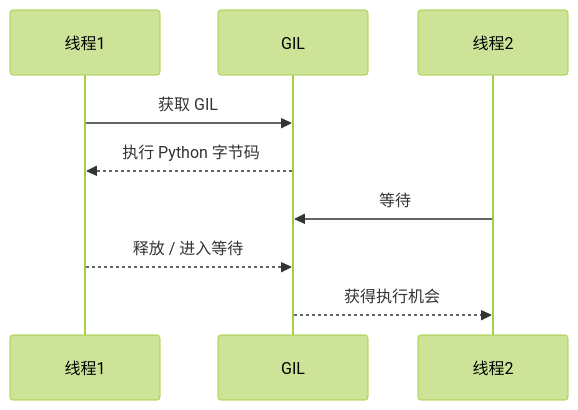
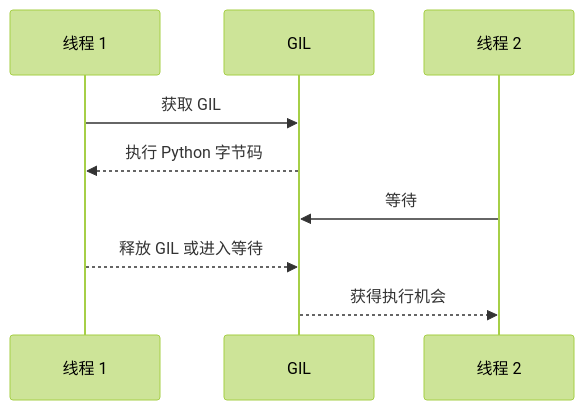
Before and after one commit to studyzhige-ui/python-interview-handbook: the third of 4 diagrams in review/10-内存管理-垃圾回收-GIL-图解与自测.md, drawn with Mermaid (forest theme). The commit also changed other lines of this file and 11 other files, not shown here.

First line of the commit message:
fix: repair Mermaid rendering across review chapters

````diff
--- a/review/10-内存管理-垃圾回收-GIL-图解与自测.md
+++ b/review/10-内存管理-垃圾回收-GIL-图解与自测.md
@@ -30,11 +30,11 @@
 ```mermaid
 sequenceDiagram
-    participant T1 as 线程1
+    participant T1 as 线程 1
     participant G as GIL
-    participant T2 as 线程2
+    participant T2 as 线程 2
     T1->>G: 获取 GIL
     G-->>T1: 执行 Python 字节码
     T2->>G: 等待
-    T1-->>G: 释放 / 进入等待
+    T1-->>G: 释放 GIL 或进入等待
     G-->>T2: 获得执行机会
 ```
````
